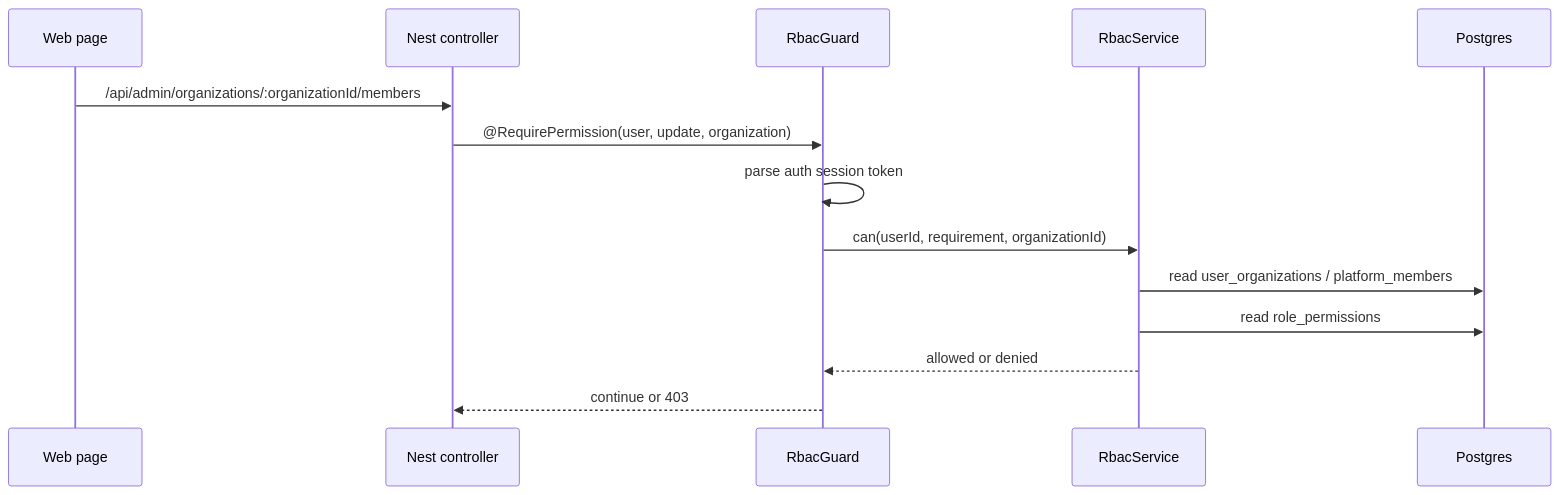
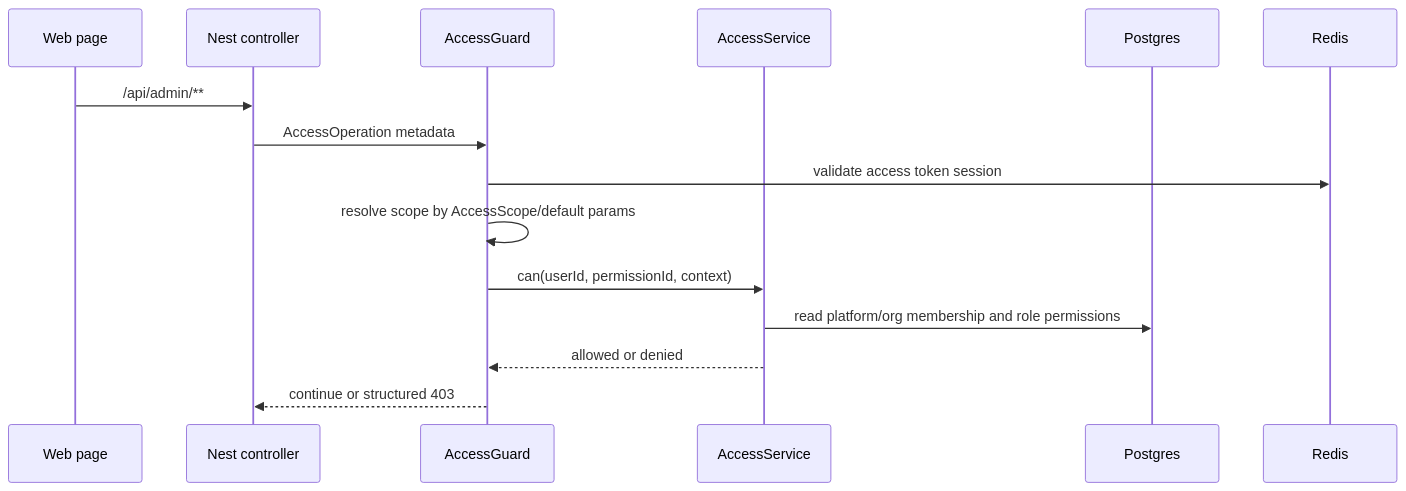
One commit to AyalaKaguya/hermes-swarm changed the fourth of 6 diagrams in docs/current-module-reference-graph.md. Above: the diagram before and after it, drawn with Mermaid. The commit also changed other lines of this file and 13 other files, not shown here.

Commit message:
Rename permission decorators to access decorators

````diff
--- a/docs/current-module-reference-graph.md
+++ b/docs/current-module-reference-graph.md
@@ -160,17 +181,18 @@
 ```mermaid
 sequenceDiagram
   participant Web as Web page
   participant Api as Nest controller
-  participant Guard as RbacGuard
-  participant Rbac as RbacService
+  participant Guard as AccessGuard
+  participant Access as AccessService
   participant Db as Postgres
+  participant Redis as Redis
 
-  Web->>Api: /api/admin/organizations/:organizationId/members
-  Api->>Guard: @RequirePermission(user, update, organization)
-  Guard->>Guard: parse auth session token
-  Guard->>Rbac: can(userId, requirement, organizationId)
-  Rbac->>Db: read user_organizations / platform_members
-  Rbac->>Db: read role_permissions
-  Rbac-->>Guard: allowed or denied
-  Guard-->>Api: continue or 403
+  Web->>Api: /api/admin/**
+  Api->>Guard: AccessOperation metadata
+  Guard->>Redis: validate access token session
+  Guard->>Guard: resolve scope by AccessScope/default params
+  Guard->>Access: can(userId, permissionId, context)
+  Access->>Db: read platform/org membership and role permissions
+  Access-->>Guard: allowed or denied
+  Guard-->>Api: continue or structured 403
 ```
````
